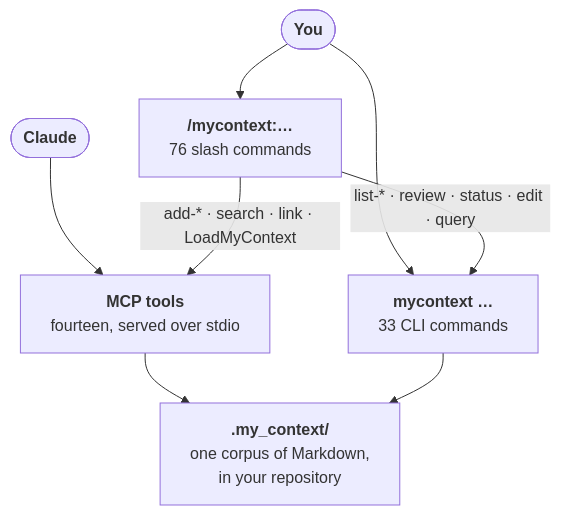
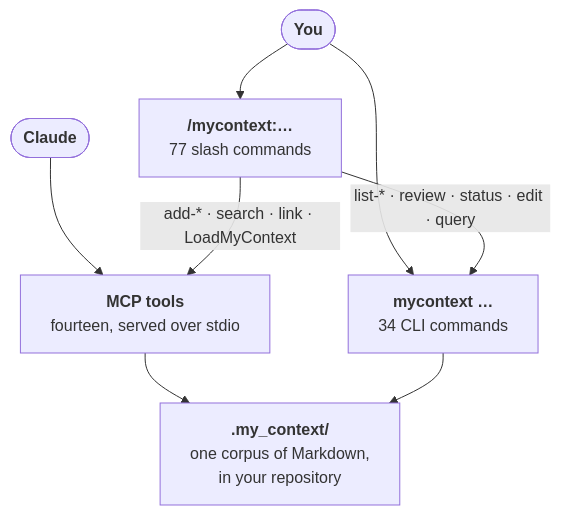
One commit to Dudi-Bar-On/my-context changed the fourth of 5 diagrams in README.md. Above: the diagram before and after it, drawn with Mermaid. The commit also changed other lines of this file and 13 other files, not shown here.

First line of the commit message:
feat(cli): mycontext procedure — the one-shot lifecycle, with progress outside items/

````diff
--- a/README.md
+++ b/README.md
@@ -1769,10 +1769,10 @@
 ```mermaid
 flowchart TB
-  U(["<b>You</b>"]) --> SL["<b>/mycontext:…</b><br/>76 slash commands"]
-  U --> CL["<b>mycontext …</b><br/>33 CLI commands"]
+  U(["<b>You</b>"]) --> SL["<b>/mycontext:…</b><br/>77 slash commands"]
+  U --> CL["<b>mycontext …</b><br/>34 CLI commands"]
   A(["<b>Claude</b>"]) --> TL["<b>MCP tools</b><br/>fourteen, served over stdio"]
   SL -->|"add-* · search · link · LoadMyContext"| TL
   SL -->|"list-* · review · status · edit · query"| CL
   TL --> CO["<b>.my_context/</b><br/>one corpus of Markdown,<br/>in your repository"]
   CL --> CO
 ```
````
